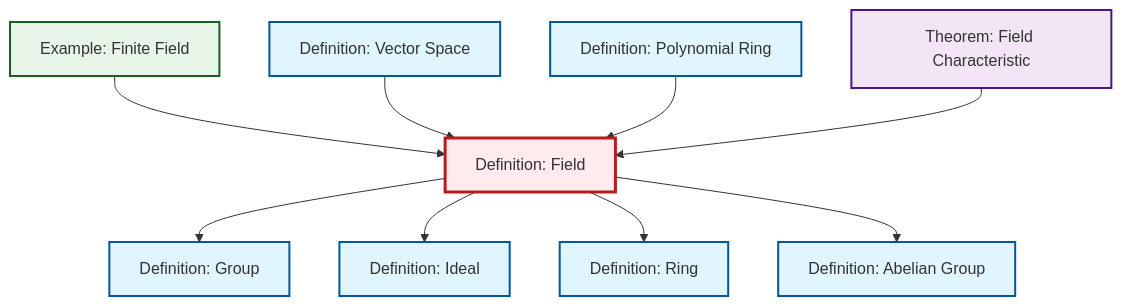
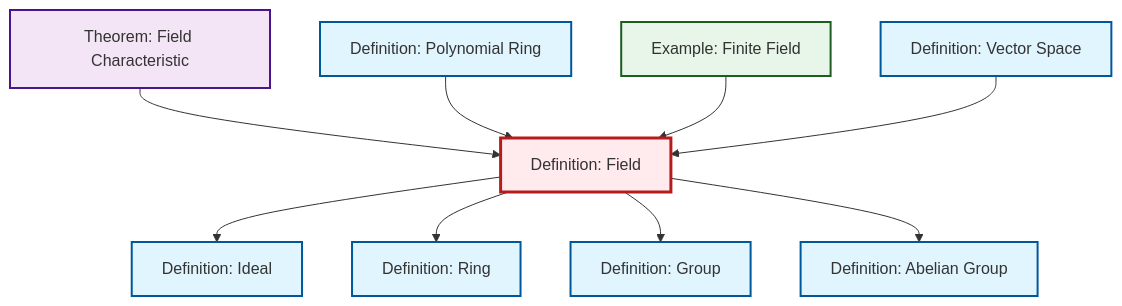
The diagram in content/en/algebra/def-field.qmd (RK0429/ModernMath), drawn with Mermaid before and after one commit. The commit also changed other lines of this file and 491 other files, not shown here.

````diff
--- a/content/en/algebra/def-field.qmd
+++ b/content/en/algebra/def-field.qmd
@@ -54,35 +54,35 @@
 ```{mermaid}
 %%| fig-cap: "Local dependency graph"
 graph TD
     classDef definition fill:#e1f5fe,stroke:#01579b,stroke-width:2px
     classDef theorem fill:#f3e5f5,stroke:#4a148c,stroke-width:2px
     classDef axiom fill:#fff3e0,stroke:#e65100,stroke-width:2px
     classDef example fill:#e8f5e9,stroke:#1b5e20,stroke-width:2px
     classDef current fill:#ffebee,stroke:#b71c1c,stroke-width:3px
-    thm-field-characteristic["Theorem: Field Characteristic"]:::theorem
-    def-polynomial-ring["Definition: Polynomial Ring"]:::definition
+    def-abelian-group["Definition: Abelian Group"]:::definition
+    ex-finite-field["Example: Finite Field"]:::example
+    def-field["Definition: Field"]:::definition
     def-group["Definition: Group"]:::definition
     def-ideal["Definition: Ideal"]:::definition
-    def-abelian-group["Definition: Abelian Group"]:::definition
-    def-field["Definition: Field"]:::definition
+    def-polynomial-ring["Definition: Polynomial Ring"]:::definition
+    def-vector-space["Definition: Vector Space"]:::definition
     def-ring["Definition: Ring"]:::definition
-    def-vector-space["Definition: Vector Space"]:::definition
-    ex-finite-field["Example: Finite Field"]:::example
-    def-field --> def-group
+    thm-field-characteristic["Theorem: Field Characteristic"]:::theorem
+    thm-field-characteristic --> def-field
+    def-polynomial-ring --> def-field
+    ex-finite-field --> def-field
     def-field --> def-ideal
     def-field --> def-ring
-    ex-finite-field --> def-field
     def-vector-space --> def-field
+    def-field --> def-group
     def-field --> def-abelian-group
-    def-polynomial-ring --> def-field
-    thm-field-characteristic --> def-field
     class def-field current
-    click thm-field-characteristic "thm-field-characteristic.html" "Go to Field Characteristic theorem"
-    click def-polynomial-ring "def-polynomial-ring.html" "Go to Polynomial Ring definition"
+    click def-abelian-group "def-abelian-group.html" "Go to Abelian Group definition"
+    click ex-finite-field "ex-finite-field.html" "Go to Finite Field example"
     click def-group "def-group.html" "Go to Group definition"
     click def-ideal "def-ideal.html" "Go to Ideal definition"
-    click def-abelian-group "def-abelian-group.html" "Go to Abelian Group definition"
+    click def-polynomial-ring "def-polynomial-ring.html" "Go to Polynomial Ring definition"
+    click def-vector-space "def-vector-space.html" "Go to Vector Space definition"
     click def-ring "def-ring.html" "Go to Ring definition"
-    click def-vector-space "def-vector-space.html" "Go to Vector Space definition"
-    click ex-finite-field "ex-finite-field.html" "Go to Finite Field example"
+    click thm-field-characteristic "thm-field-characteristic.html" "Go to Field Characteristic theorem"
 ```
````
